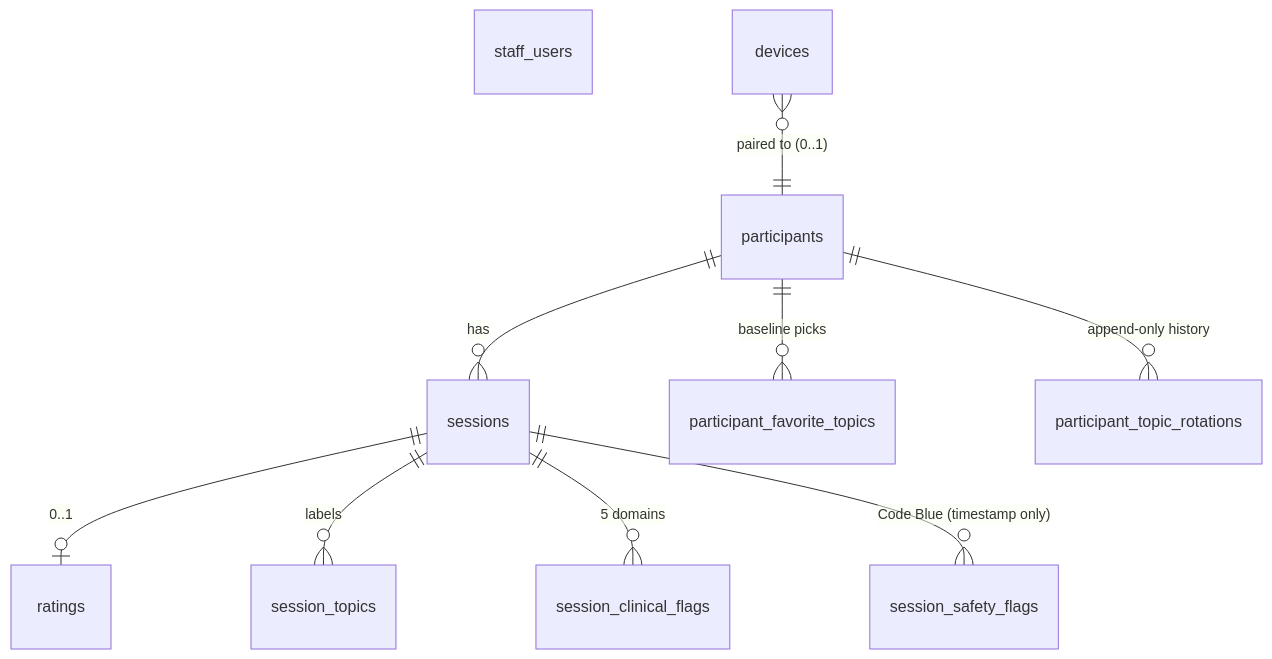
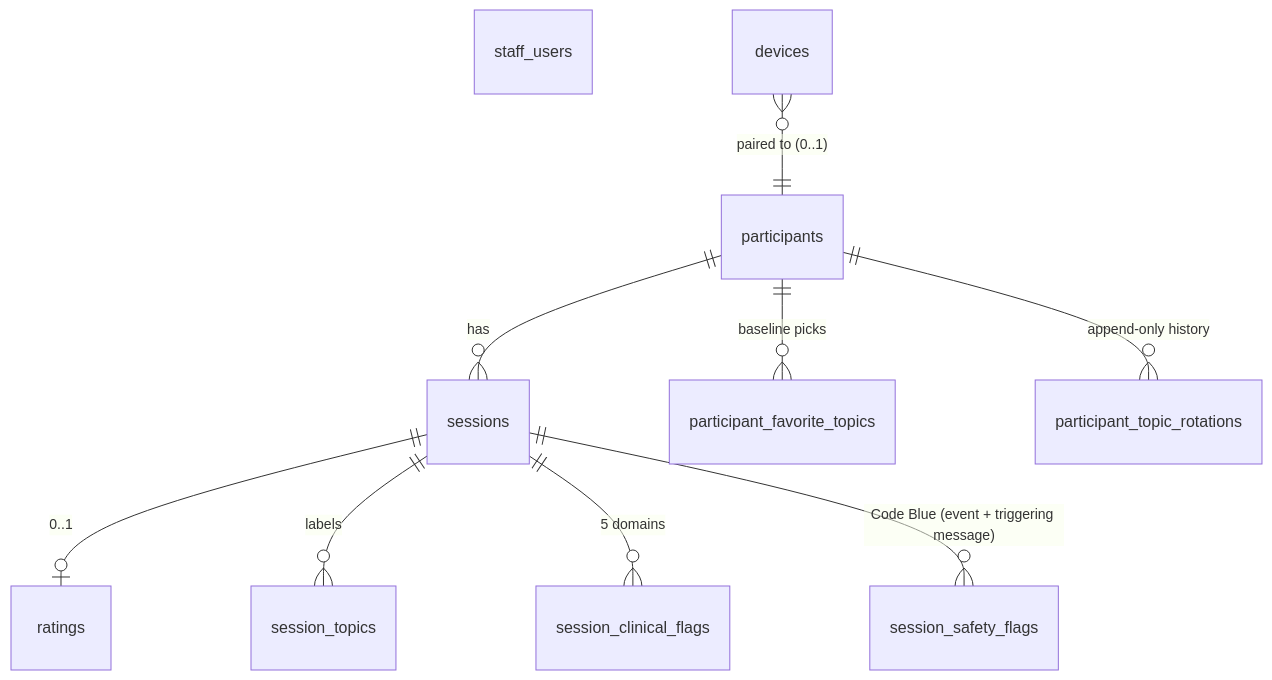
Before and after one commit to back99/mci-chatbot-showcase: the second of 3 diagrams in docs/architecture.md, drawn with Mermaid. The commit also changed other lines of this file and 3 other files, not shown here.

````diff
--- a/docs/architecture.md
+++ b/docs/architecture.md
@@ -132,12 +132,12 @@
 ```mermaid
 erDiagram
     staff_users
     devices }o--|| participants : "paired to (0..1)"
     participants ||--o{ sessions : has
     participants ||--o{ participant_favorite_topics : "baseline picks"
     participants ||--o{ participant_topic_rotations : "append-only history"
     sessions ||--o| ratings : "0..1"
     sessions ||--o{ session_topics : labels
     sessions ||--o{ session_clinical_flags : "5 domains"
-    sessions ||--o{ session_safety_flags : "Code Blue (timestamp only)"
+    sessions ||--o{ session_safety_flags : "Code Blue (event + triggering message)"
 ```
````
